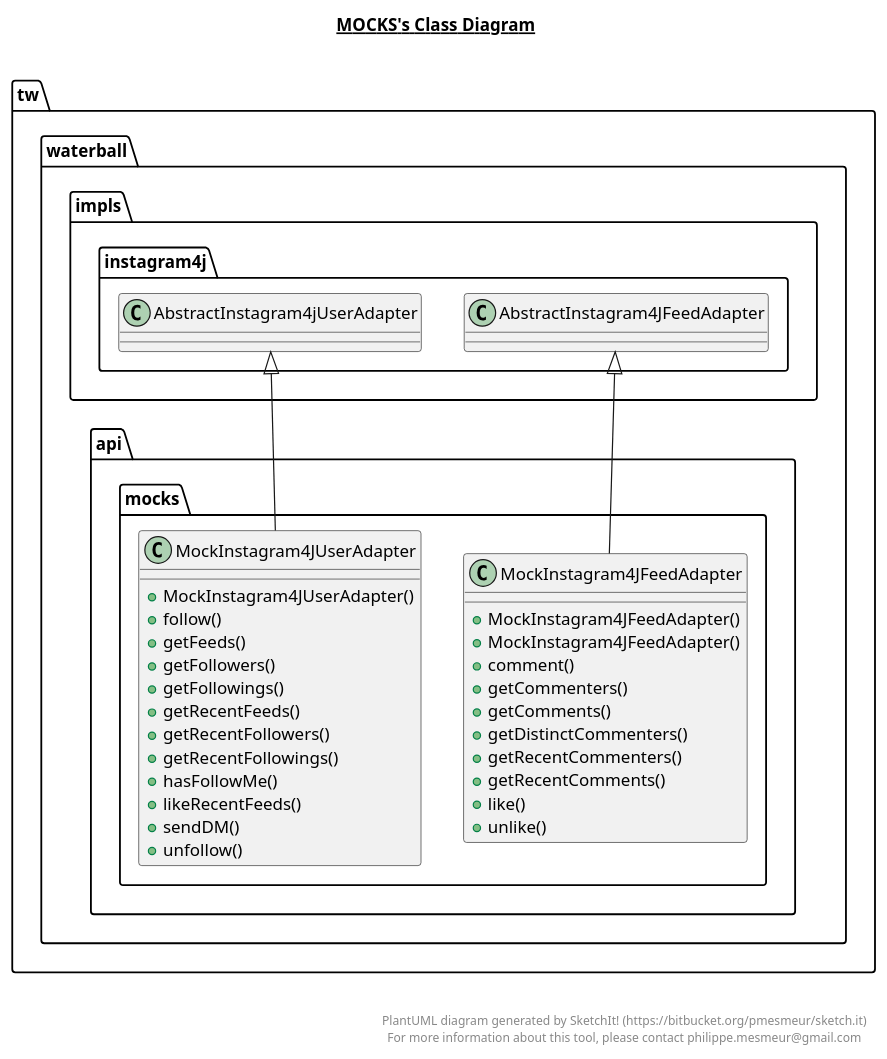
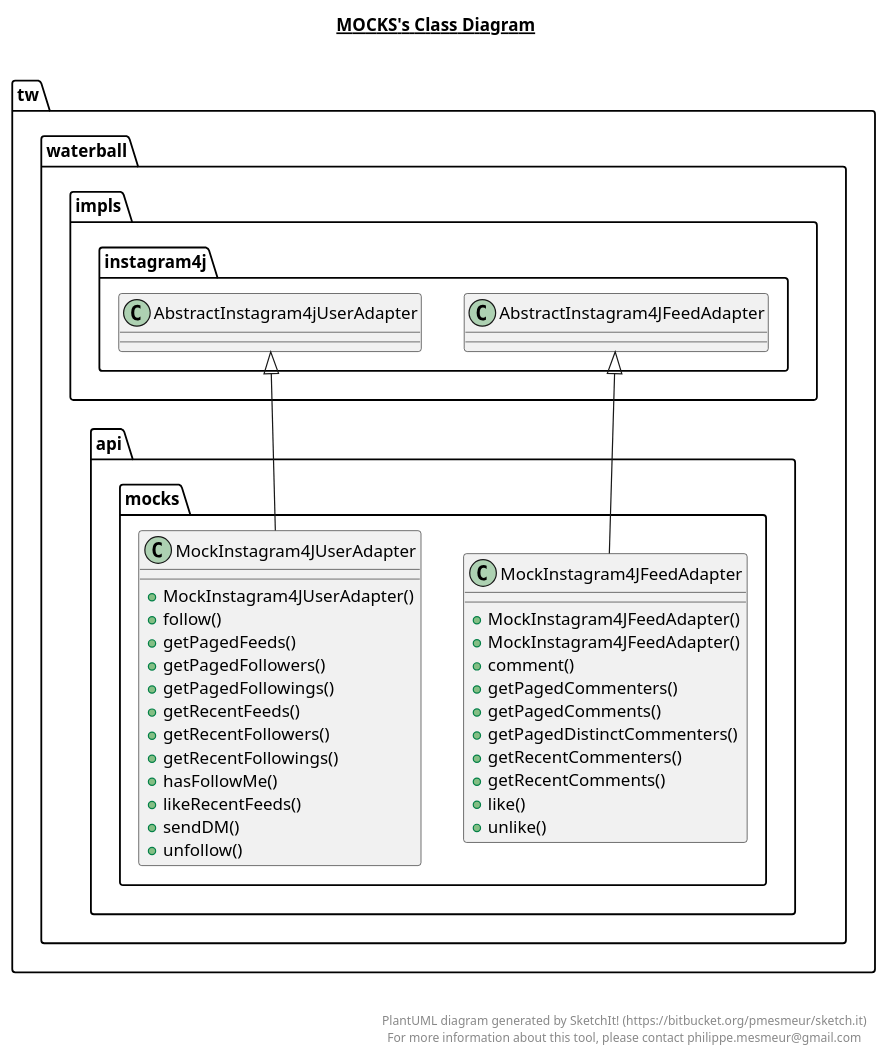
Before and after one commit to Johnny850807/Instagram4j-Fluent-Interface: the diagram in src/main/java/tw/waterball/api/mocks/mocks.plantuml, drawn with PlantUML. The commit also changed 10 other files, not shown here.

```diff
--- a/src/main/java/tw/waterball/api/mocks/mocks.plantuml
+++ b/src/main/java/tw/waterball/api/mocks/mocks.plantuml
@@ -1,54 +1,54 @@
 @startuml
 
 title __MOCKS's Class Diagram__\n
 
   namespace tw.waterball.api {
     namespace mocks {
       class tw.waterball.api.mocks.MockInstagram4JFeedAdapter {
           + MockInstagram4JFeedAdapter()
           + MockInstagram4JFeedAdapter()
           + comment()
-          + getCommenters()
-          + getComments()
-          + getDistinctCommenters()
+          + getPagedCommenters()
+          + getPagedComments()
+          + getPagedDistinctCommenters()
           + getRecentCommenters()
           + getRecentComments()
           + like()
           + unlike()
       }
     }
   }
   
 
   namespace tw.waterball.api {
     namespace mocks {
       class tw.waterball.api.mocks.MockInstagram4JUserAdapter {
           + MockInstagram4JUserAdapter()
           + follow()
-          + getFeeds()
-          + getFollowers()
-          + getFollowings()
+          + getPagedFeeds()
+          + getPagedFollowers()
+          + getPagedFollowings()
           + getRecentFeeds()
           + getRecentFollowers()
           + getRecentFollowings()
           + hasFollowMe()
           + likeRecentFeeds()
           + sendDM()
           + unfollow()
       }
     }
   }
   
 
   tw.waterball.api.mocks.MockInstagram4JFeedAdapter -up-|> tw.waterball.impls.instagram4j.AbstractInstagram4JFeedAdapter
   tw.waterball.api.mocks.MockInstagram4JUserAdapter -up-|> tw.waterball.impls.instagram4j.AbstractInstagram4jUserAdapter
 
 
 right footer
 
 
 PlantUML diagram generated by SketchIt! (https://bitbucket.org/pmesmeur/sketch.it)
 For more information about this tool, please contact philippe.mesmeur@gmail.com
 endfooter
 
 @enduml
```
